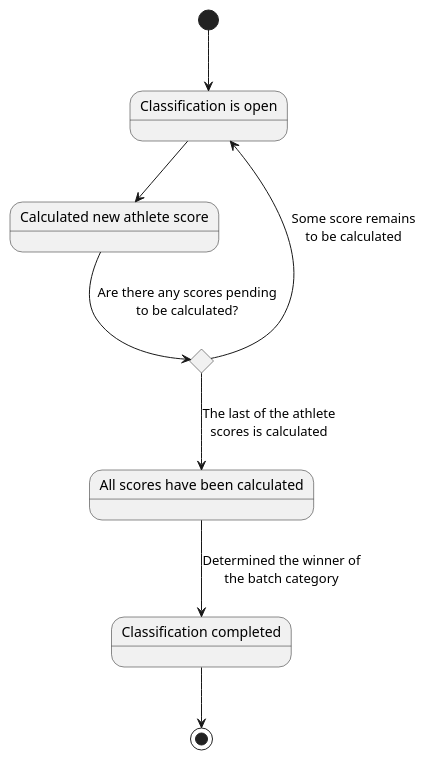
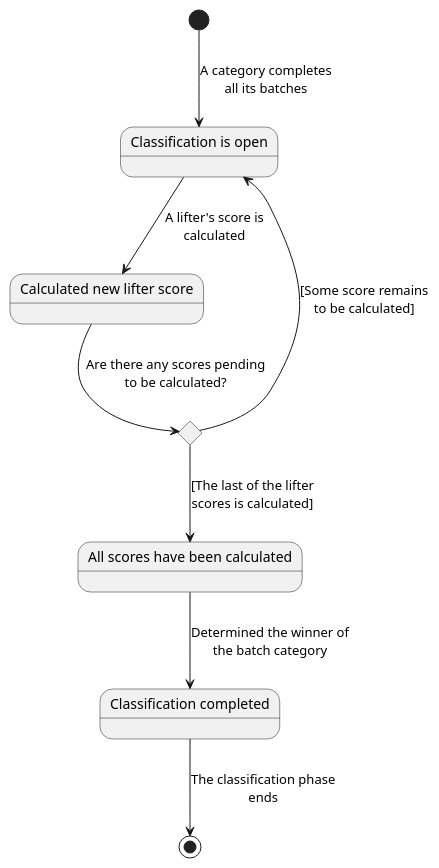
Before and after one commit to zuldare/mastercloud_pfm_halterocms: the diagram in diagrams/states/4-classificationStates.puml, drawn with PlantUML.

Commit message:
Improve classification diagram

```diff
--- a/diagrams/states/4-classificationStates.puml
+++ b/diagrams/states/4-classificationStates.puml
@@ -1,17 +1,17 @@
 @startuml
 state "Classification is open" as OpenClassification
-state "Calculated new athlete score" as CalculatedAthleteScore
+state "Calculated new lifter score" as CalculatedLifterScore
 state "Are there any scores pending to be calculated?" as AnyScoresPendingCHC <<choice>>
 state "All scores have been calculated" as AllScoresCalculated
 
 state "Classification completed" as CompletedClassification
 
-[*] --> OpenClassification
-OpenClassification --> CalculatedAthleteScore
-CalculatedAthleteScore --> AnyScoresPendingCHC : Are there any scores pending\nto be calculated?
-AnyScoresPendingCHC --> OpenClassification : Some score remains\nto be calculated
-AnyScoresPendingCHC --> AllScoresCalculated : The last of the athlete\nscores is calculated
+[*] --> OpenClassification : A category completes\nall its batches
+OpenClassification --> CalculatedLifterScore : A lifter's score is\ncalculated
+CalculatedLifterScore --> AnyScoresPendingCHC : Are there any scores pending\nto be calculated?
+AnyScoresPendingCHC --> OpenClassification : [Some score remains\nto be calculated]
+AnyScoresPendingCHC --> AllScoresCalculated : [The last of the lifter\nscores is calculated]
 
 AllScoresCalculated --> CompletedClassification : Determined the winner of\nthe batch category
-CompletedClassification --> [*]
+CompletedClassification --> [*] : The classification phase\nends
 @enduml
```
